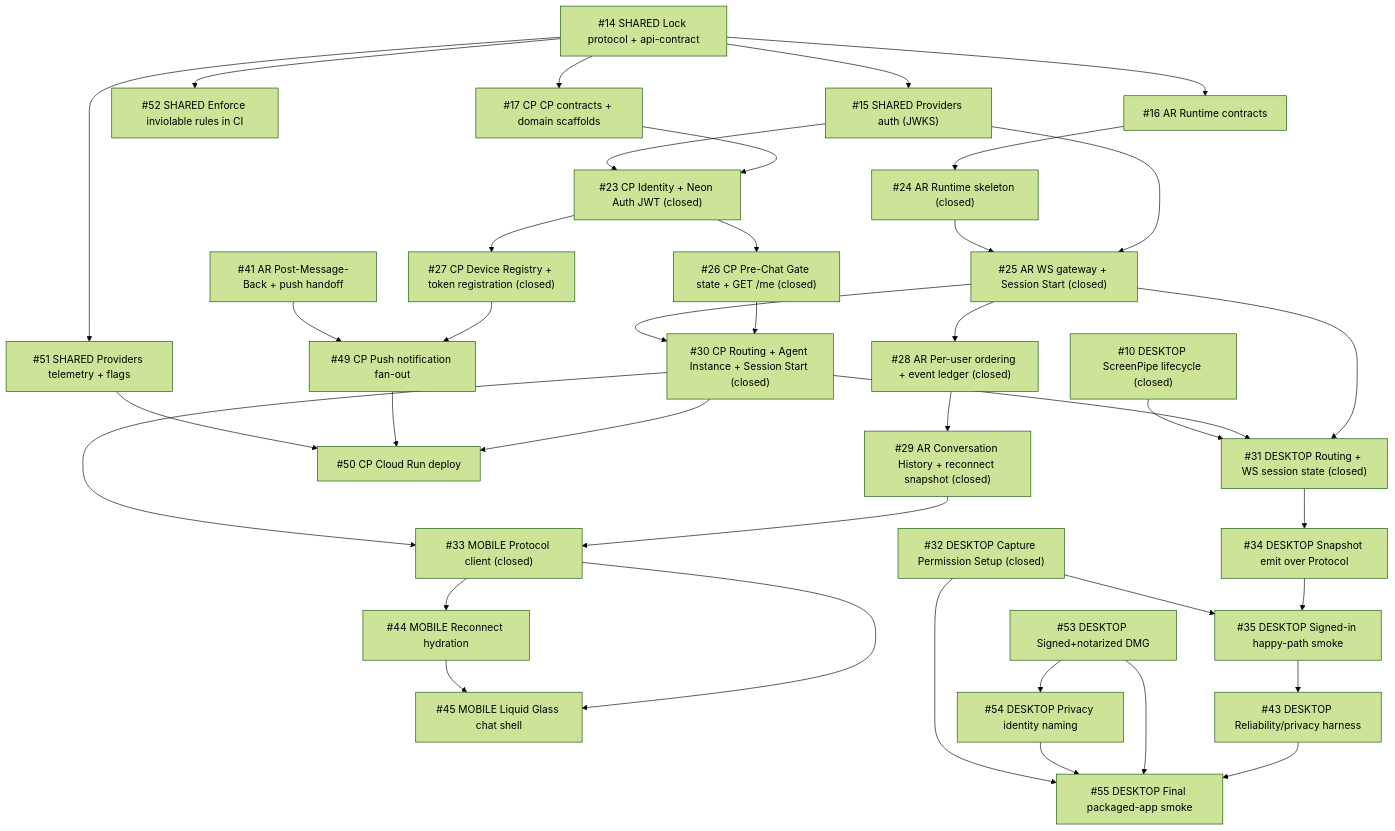
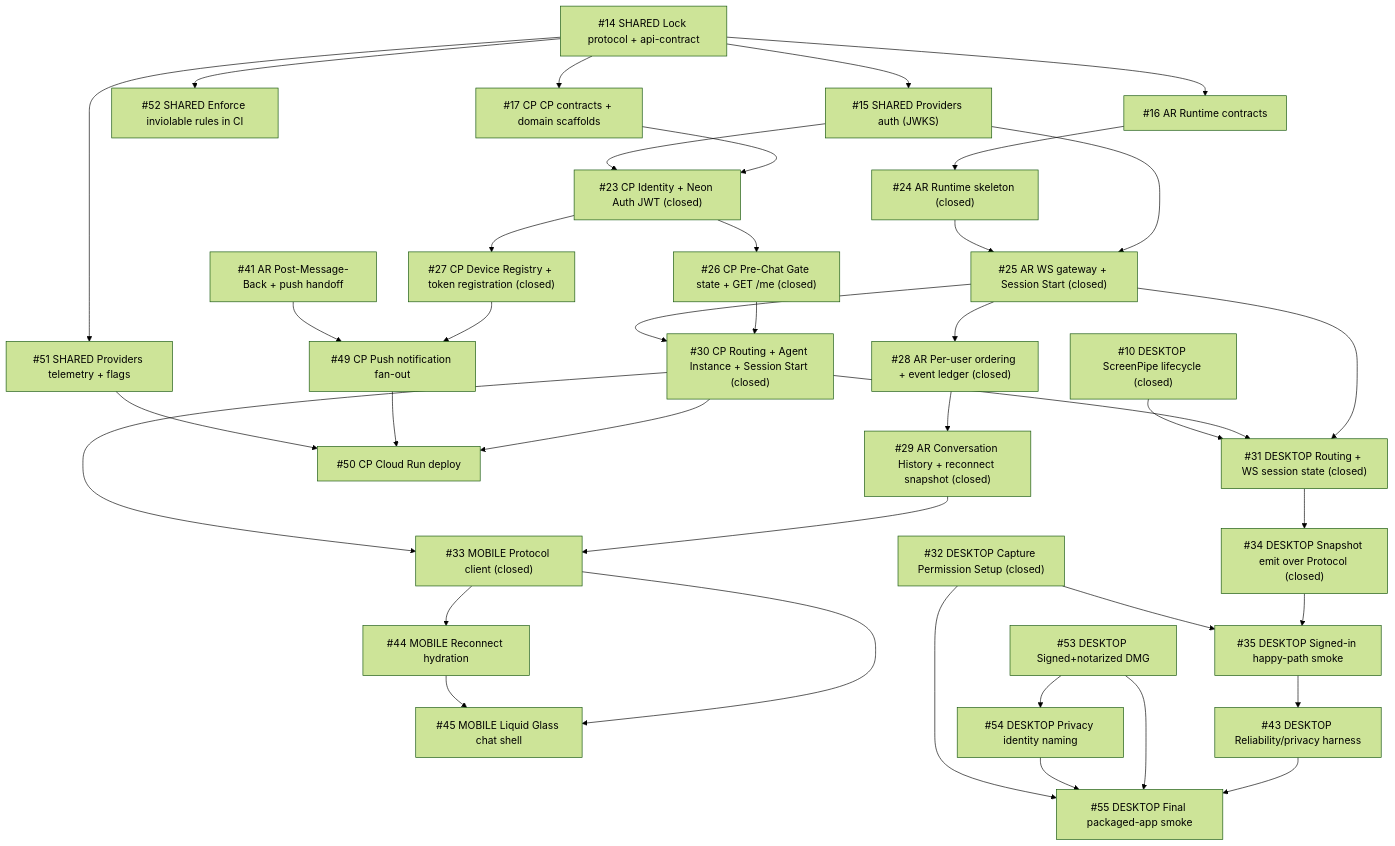
One commit to sruj75/Intentive changed the diagram in docs/ISSUE-BOARD.md. Above: the diagram before and after it, drawn with Mermaid (forest theme). The commit also changed other lines of this file and 25 other files, not shown here.

````diff
--- a/docs/ISSUE-BOARD.md
+++ b/docs/ISSUE-BOARD.md
@@ -28,48 +28,48 @@
 ```mermaid
 flowchart TD
   N08["#14 SHARED Lock protocol + api-contract"] --> N09["#15 SHARED Providers auth (JWKS)"]
   N08 --> N45["#51 SHARED Providers telemetry + flags"]
   N08 --> N46["#52 SHARED Enforce inviolable rules in CI"]
 
   N08 --> N10["#16 AR Runtime contracts"]
   N08 --> N11["#17 CP CP contracts + domain scaffolds"]
 
   N10 --> N18["#24 AR Runtime skeleton (closed)"]
   N09 --> N19
   N18 --> N19["#25 AR WS gateway + Session Start (closed)"]
   N19 --> N22["#28 AR Per-user ordering + event ledger (closed)"]
   N22 --> N23["#29 AR Conversation History + reconnect snapshot (closed)"]
 
   N11 --> N17["#23 CP Identity + Neon Auth JWT (closed)"]
   N09 --> N17
   N17 --> N20["#26 CP Pre-Chat Gate state + GET /me (closed)"]
   N17 --> N21["#27 CP Device Registry + token registration (closed)"]
   N20 --> N24["#30 CP Routing + Agent Instance + Session Start (closed)"]
   N19 --> N24
   N21 --> N43["#49 CP Push notification fan-out"]
   N35["#41 AR Post-Message-Back + push handoff"] --> N43
   N24 --> N44["#50 CP Cloud Run deploy"]
   N43 --> N44
   N45 --> N44
 
   N23 --> N27["#33 MOBILE Protocol client (closed)"]
   N24 --> N27
   N27 --> N38["#44 MOBILE Reconnect hydration"]
   N27 --> N39["#45 MOBILE Liquid Glass chat shell"]
   N38 --> N39
 
   N19 --> N25["#31 DESKTOP Routing + WS session state (closed)"]
   N24 --> N25
   N04["#10 DESKTOP ScreenPipe lifecycle (closed)"] --> N25
-  N25 --> N28["#34 DESKTOP Snapshot emit over Protocol"]
+  N25 --> N28["#34 DESKTOP Snapshot emit over Protocol (closed)"]
   N28 --> N29["#35 DESKTOP Signed-in happy-path smoke"]
 
   N47["#53 DESKTOP Signed+notarized DMG"] --> N48["#54 DESKTOP Privacy identity naming"]
   N26["#32 DESKTOP Capture Permission Setup (closed)"] --> N29
   N49["#55 DESKTOP Final packaged-app smoke"]
   N29 --> N37["#43 DESKTOP Reliability/privacy harness"]
   N37 --> N49
   N47 --> N49
   N48 --> N49
   N26 --> N49
 ```
````
